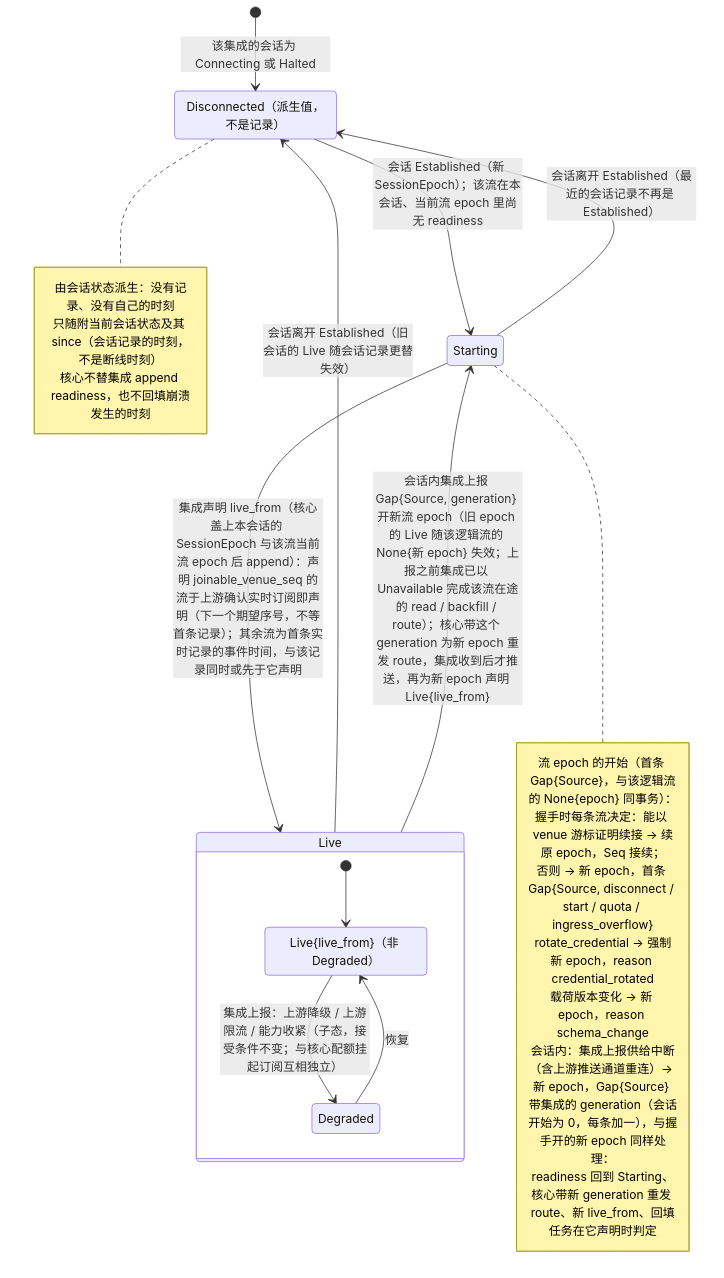
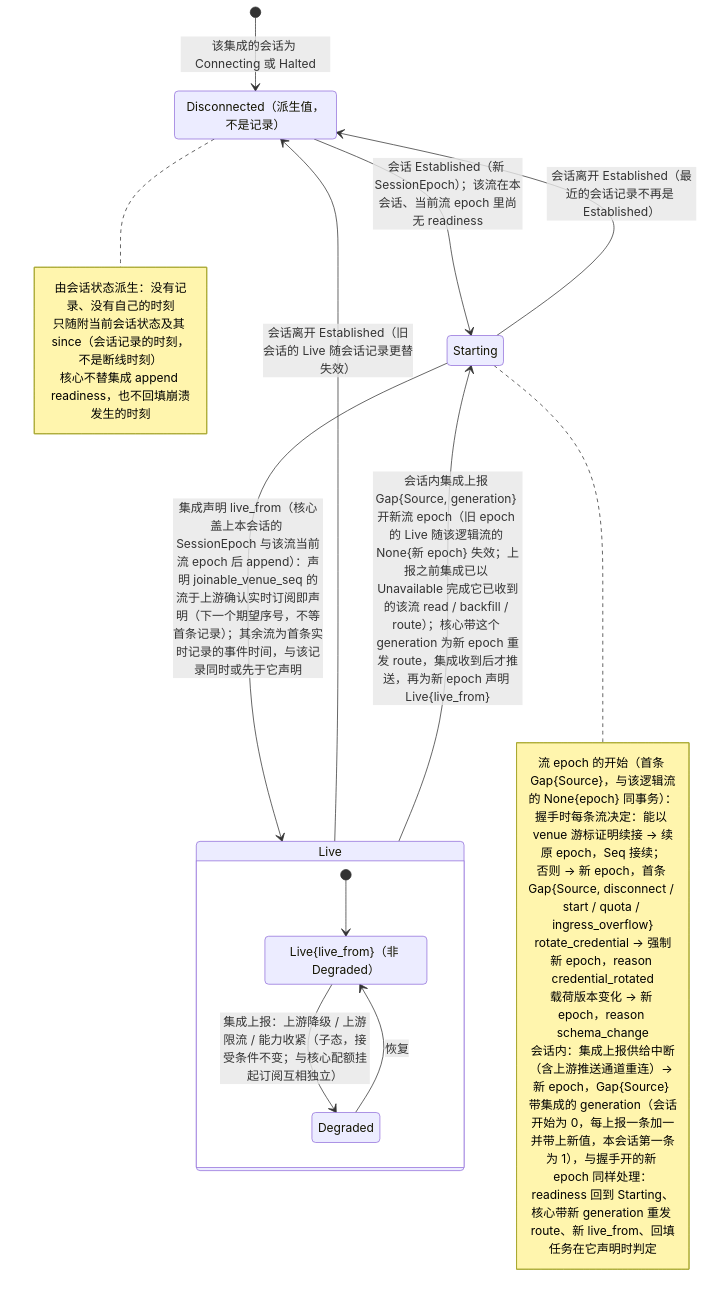
One commit to mouriya-s-lab/uta changed the second of 6 diagrams in design/diagrams/03-observation-ingest.md. Above: the diagram before and after it, drawn with Mermaid. The commit also changed other lines of this file and 9 other files, not shown here.

Commit message:
design: stream calls nest only in the integration session with the dispatch epoch as an admission property; only epoch-opening Gap{Source} bounds epochs and sets route generation; first gap carries generation 1; one outstanding route obligation per stream; program-stream epoch row; index D1.6

````diff
--- a/design/diagrams/03-observation-ingest.md
+++ b/design/diagrams/03-observation-ingest.md
@@ -51,30 +51,30 @@
 ```mermaid
 stateDiagram-v2
   state "Disconnected（派生值，不是记录）" as DC
   state "Live{live_from}（非 Degraded）" as LN
   [*] --> DC : 该集成的会话为 Connecting 或 Halted
   DC --> Starting : 会话 Established（新 SessionEpoch）；该流在本会话、当前流 epoch 里尚无 readiness
   Starting --> Live : 集成声明 live_from（核心盖上本会话的 SessionEpoch 与该流当前流 epoch 后 append）：声明 joinable_venue_seq 的流于上游确认实时订阅即声明（下一个期望序号，不等首条记录）；其余流为首条实时记录的事件时间，与该记录同时或先于它声明
   state Live {
     [*] --> LN
     LN --> Degraded : 集成上报：上游降级 / 上游限流 / 能力收紧（子态，接受条件不变；与核心配额挂起订阅互相独立）
     Degraded --> LN : 恢复
   }
   Starting --> DC : 会话离开 Established（最近的会话记录不再是 Established）
   Live --> DC : 会话离开 Established（旧会话的 Live 随会话记录更替失效）
-  Live --> Starting : 会话内集成上报 Gap{Source, generation} 开新流 epoch（旧 epoch 的 Live 随该逻辑流的 None{新 epoch} 失效；上报之前集成已以 Unavailable 完成该流在途的 read / backfill / route）；核心带这个 generation 为新 epoch 重发 route，集成收到后才推送，再为新 epoch 声明 Live{live_from}
+  Live --> Starting : 会话内集成上报 Gap{Source, generation} 开新流 epoch（旧 epoch 的 Live 随该逻辑流的 None{新 epoch} 失效；上报之前集成已以 Unavailable 完成它已收到的该流 read / backfill / route）；核心带这个 generation 为新 epoch 重发 route，集成收到后才推送，再为新 epoch 声明 Live{live_from}
   note right of DC
     由会话状态派生：没有记录、没有自己的时刻
     只随附当前会话状态及其 since（会话记录的时刻，不是断线时刻）
     核心不替集成 append readiness，也不回填崩溃发生的时刻
   end note
   note right of Starting
     流 epoch 的开始（首条 Gap{Source}，与该逻辑流的 None{epoch} 同事务）：
     握手时每条流决定：能以 venue 游标证明续接 → 续原 epoch，Seq 接续；
     否则 → 新 epoch，首条 Gap{Source, disconnect / start / quota / ingress_overflow}
     rotate_credential → 强制新 epoch，reason credential_rotated
     载荷版本变化 → 新 epoch，reason schema_change
-    会话内：集成上报供给中断（含上游推送通道重连）→ 新 epoch，Gap{Source} 带集成的 generation（会话开始为 0，每条加一），与握手开的新 epoch 同样处理：
+    会话内：集成上报供给中断（含上游推送通道重连）→ 新 epoch，Gap{Source} 带集成的 generation（会话开始为 0，每上报一条加一并带上新值，本会话第一条为 1），与握手开的新 epoch 同样处理：
     readiness 回到 Starting、核心带新 generation 重发 route、新 live_from、回填任务在它声明时判定
   end note
 ```
````
